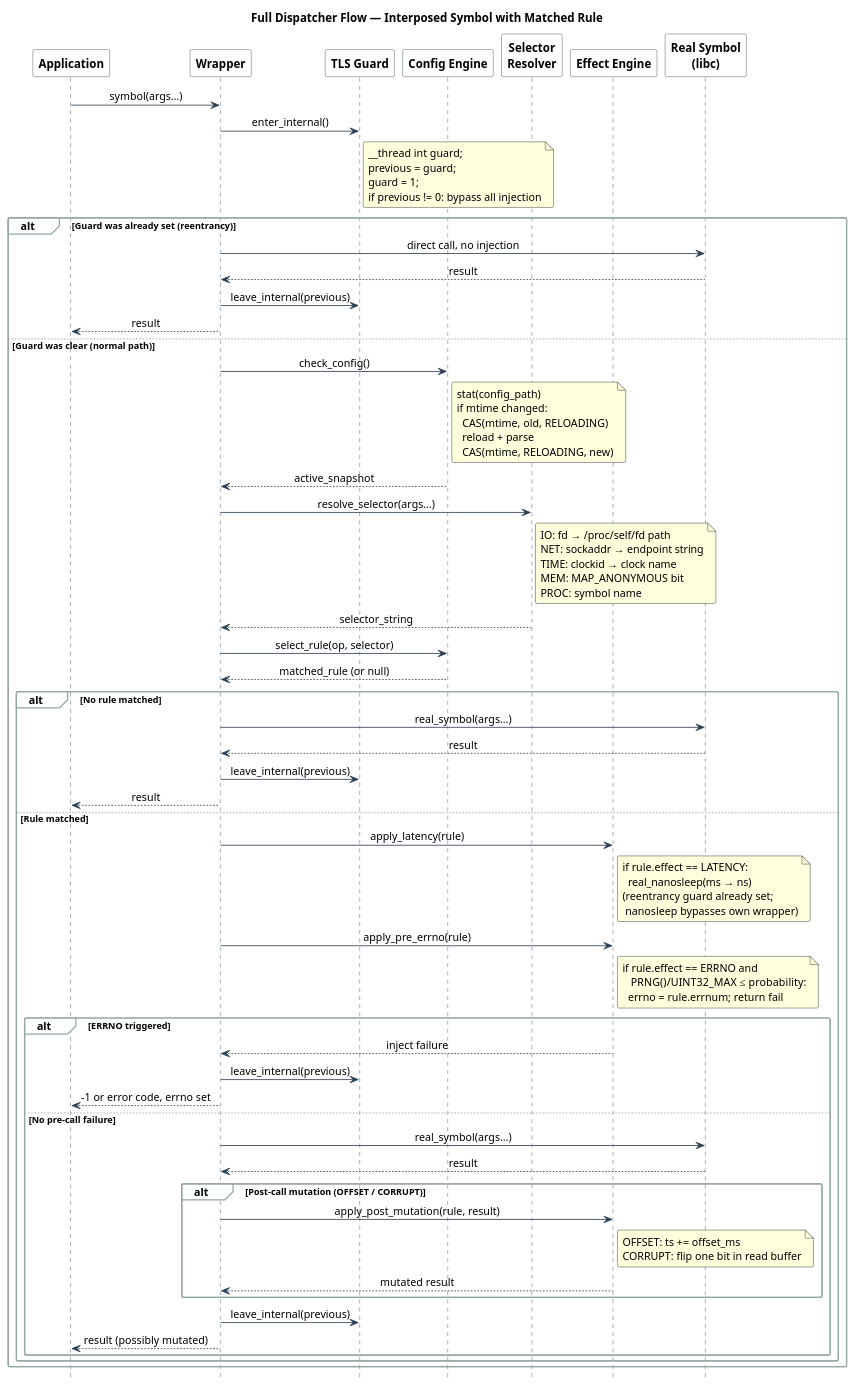
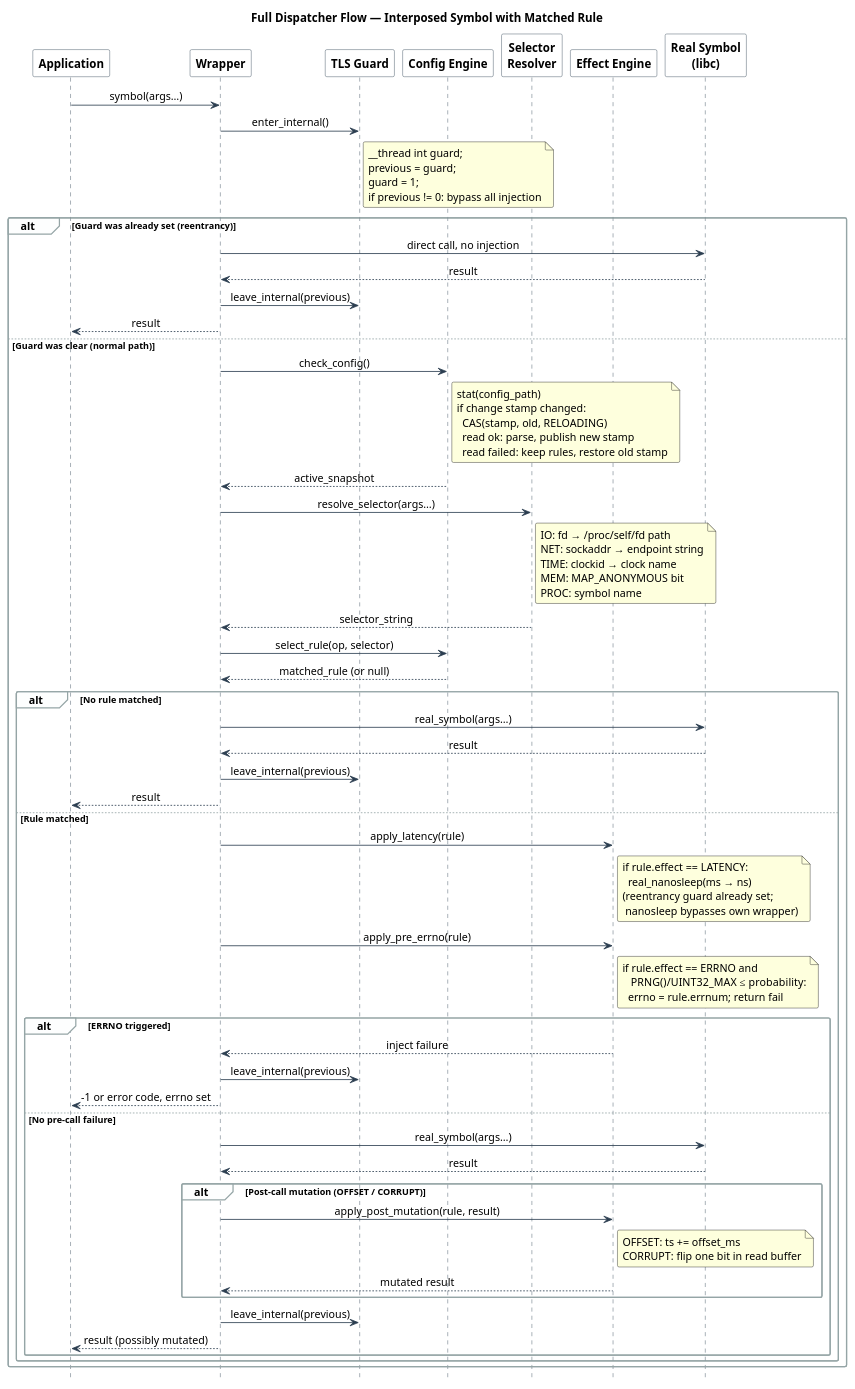
One commit to macstab/macstab-chaos-testing-libraries changed the first of 3 diagrams in docs/ARCHITECTURE.md. Above: the diagram before and after it, drawn with PlantUML. The commit also changed other lines of this file and 1 other file, not shown here.

```diff
--- a/docs/ARCHITECTURE.md
+++ b/docs/ARCHITECTURE.md
@@ -141,10 +154,10 @@
   Wrap -> Config : check_config()
   note right of Config
     stat(config_path)
-    if mtime changed:
-      CAS(mtime, old, RELOADING)
-      reload + parse
-      CAS(mtime, RELOADING, new)
+    if change stamp changed:
+      CAS(stamp, old, RELOADING)
+      read ok: parse, publish new stamp
+      read failed: keep rules, restore old stamp
   end note
   Config --> Wrap : active_snapshot
 
```
